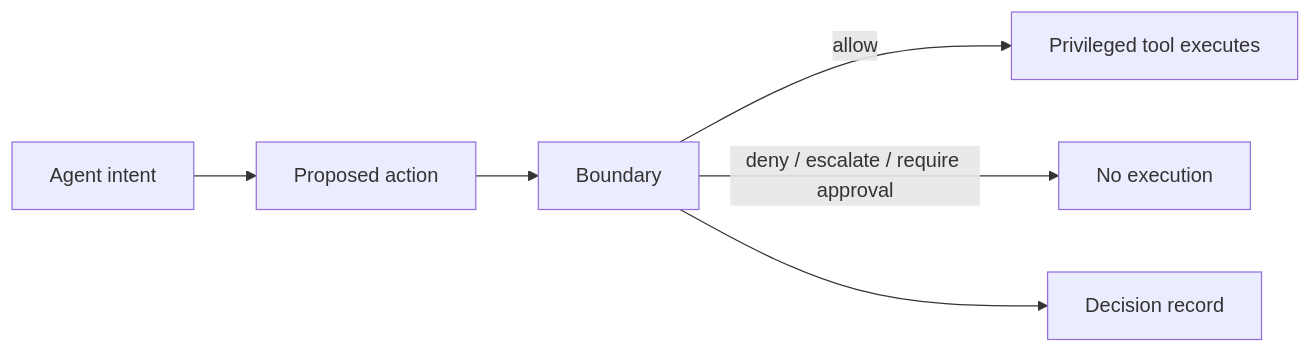
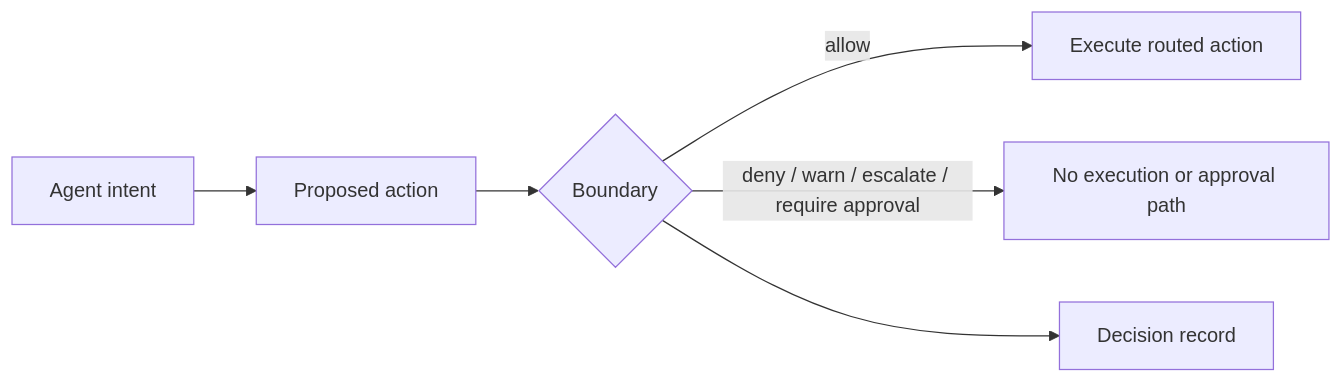
The diagram in README.md (Fulcrum-Governance/Fulcrum-Boundary), drawn with Mermaid before and after one commit. The commit also changed other lines of this file and 16 other files, not shown here.

````diff
--- a/README.md
+++ b/README.md
@@ -52,8 +54,8 @@
 ```mermaid
 flowchart LR
   A[Agent intent] --> B[Proposed action]
-  B --> C[Boundary]
-  C -->|allow| D[Privileged tool executes]
-  C -->|deny / escalate / require approval| E[No execution]
+  B --> C{Boundary}
+  C -->|allow| D[Execute routed action]
+  C -->|deny / warn / escalate / require approval| E[No execution or approval path]
   C --> F[Decision record]
 ```
````
